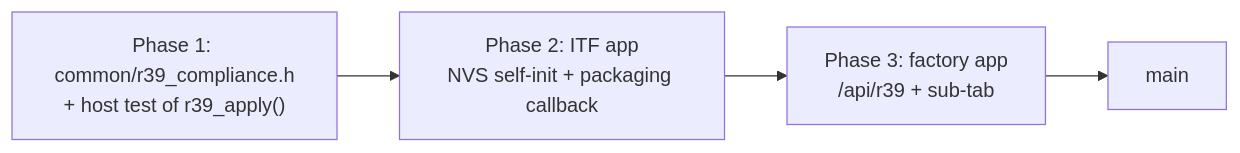
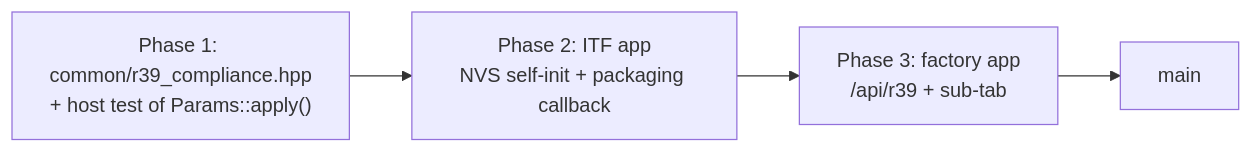
The second of 2 diagrams in docs/ECE_R39_COMPLIANCE_PLAN.md (martinroger/vx-binocle-espidf), drawn with Mermaid before and after one commit. The commit also changed other lines of this file, not shown here.

````diff
--- a/docs/ECE_R39_COMPLIANCE_PLAN.md
+++ b/docs/ECE_R39_COMPLIANCE_PLAN.md
@@ -191,6 +202,6 @@
 ```mermaid
 flowchart LR
-    P1["Phase 1: common/r39_compliance.h<br/>+ host test of r39_apply()"] --> P2["Phase 2: ITF app<br/>NVS self-init + packaging callback"]
+    P1["Phase 1: common/r39_compliance.hpp<br/>+ host test of Params::apply()"] --> P2["Phase 2: ITF app<br/>NVS self-init + packaging callback"]
     P2 --> P3["Phase 3: factory app<br/>/api/r39 + sub-tab"]
     P3 --> M[main]
 ```
````
